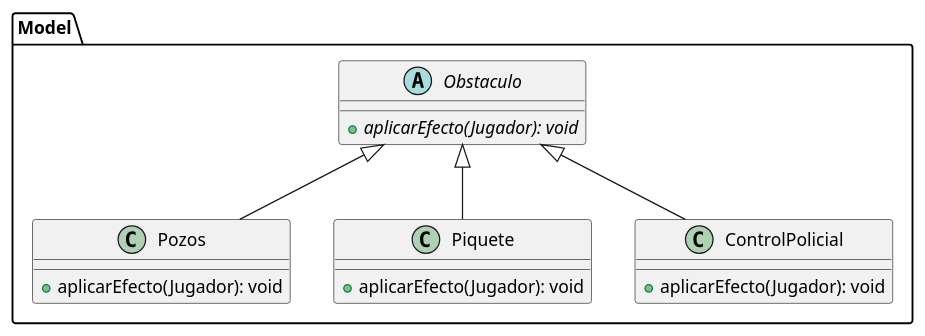
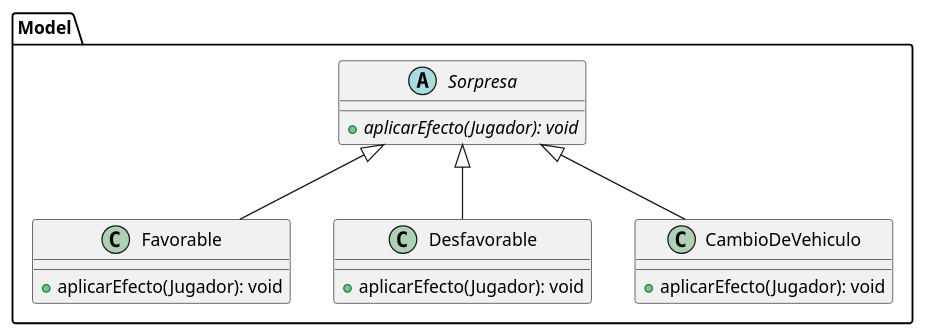
Before and after one commit to TP2Algo3FIUBA/tp2: the diagram in diagrams/classes/clase_sorpresa.plantuml, drawn with PlantUML. The commit also changed 8 other files, not shown here.

Commit message:
Modificacion de diagrama de clases

```diff
--- a/diagrams/classes/clase_sorpresa.plantuml
+++ b/diagrams/classes/clase_sorpresa.plantuml
@@ -1,32 +1,32 @@
 @startuml
 
 package Model {
-        abstract  class Obstaculo {
+        abstract  class Sorpresa {
                 
                 + {abstract} aplicarEfecto(Jugador): void
         }
 }
 
 package Model {
-        class Pozos {
+        class Favorable {
                + aplicarEfecto(Jugador): void
         }
 }
 
 package Model {
-        class Piquete {
+        class Desfavorable {
                + aplicarEfecto(Jugador): void
         }
 }
 
 package Model {
-        class ControlPolicial {
+        class CambioDeVehiculo {
              + aplicarEfecto(Jugador): void
         }
 }
 
-Obstaculo <|-- Pozos
-Obstaculo <|-- Piquete
-Obstaculo <|-- ControlPolicial
+Sorpresa <|-- Favorable
+Sorpresa <|-- Desfavorable
+Sorpresa <|-- CambioDeVehiculo
 
 @enduml
```
